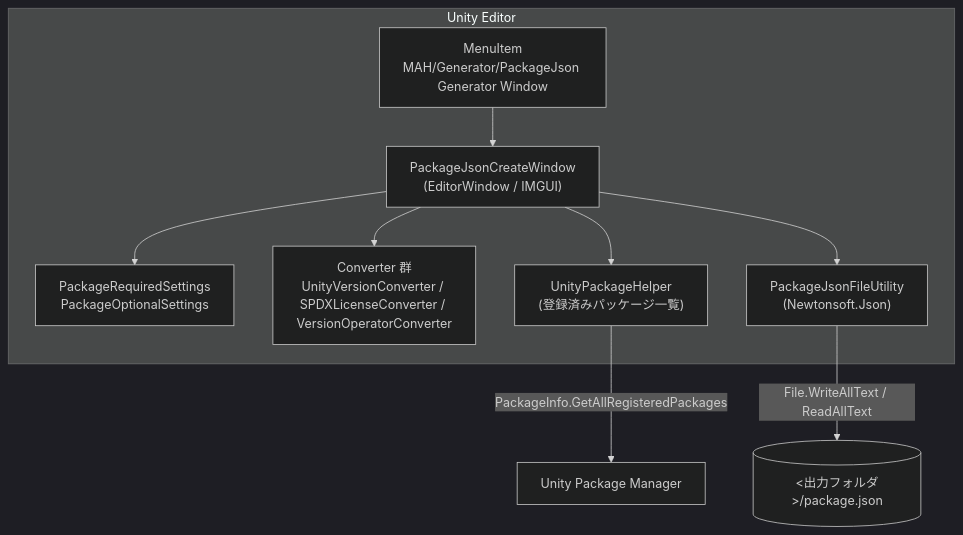
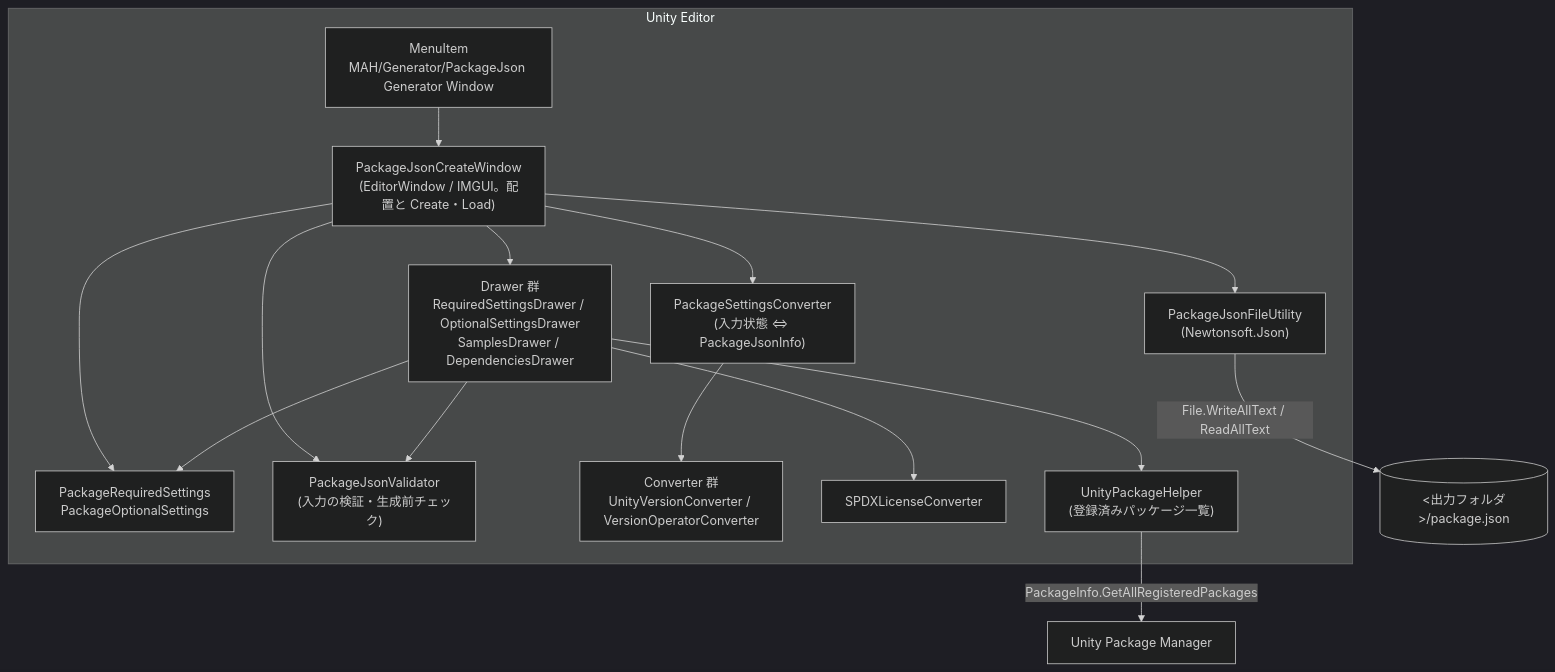
The first of 2 diagrams in Docs/functional-design.md (MAH-Lib/Unity-PackageJsonGenerator), drawn with Mermaid (dark theme) before and after one commit. The commit also changed other lines of this file and 56 other files, not shown here.

````diff
--- a/Docs/functional-design.md
+++ b/Docs/functional-design.md
@@ -13,12 +13,18 @@
 ```mermaid
 graph TB
     subgraph Editor["Unity Editor"]
-        Menu["MenuItem<br/>MAH/Generator/PackageJson Generator Window"] --> Window["PackageJsonCreateWindow<br/>(EditorWindow / IMGUI)"]
+        Menu["MenuItem<br/>MAH/Generator/PackageJson Generator Window"] --> Window["PackageJsonCreateWindow<br/>(EditorWindow / IMGUI。配置と Create・Load)"]
+        Window --> Drawer["Drawer 群<br/>RequiredSettingsDrawer / OptionalSettingsDrawer<br/>SamplesDrawer / DependenciesDrawer"]
         Window --> Settings["PackageRequiredSettings<br/>PackageOptionalSettings"]
-        Window --> Conv["Converter 群<br/>UnityVersionConverter / SPDXLicenseConverter / VersionOperatorConverter"]
-        Window --> Helper["UnityPackageHelper<br/>(登録済みパッケージ一覧)"]
+        Drawer --> Settings
+        Window --> Validator["PackageJsonValidator<br/>(入力の検証・生成前チェック)"]
+        Window --> SConv["PackageSettingsConverter<br/>(入力状態 ⇔ PackageJsonInfo)"]
+        Drawer --> Validator
+        SConv --> Conv["Converter 群<br/>UnityVersionConverter / VersionOperatorConverter"]
+        Drawer --> Lic["SPDXLicenseConverter"]
+        Drawer --> Helper["UnityPackageHelper<br/>(登録済みパッケージ一覧)"]
         Window --> FileUtil["PackageJsonFileUtility<br/>(Newtonsoft.Json)"]
     end
     FileUtil -->|File.WriteAllText / ReadAllText| Json[("<出力フォルダ>/package.json")]
     Helper -->|PackageInfo.GetAllRegisteredPackages| UPM["Unity Package Manager"]
 ```
````
